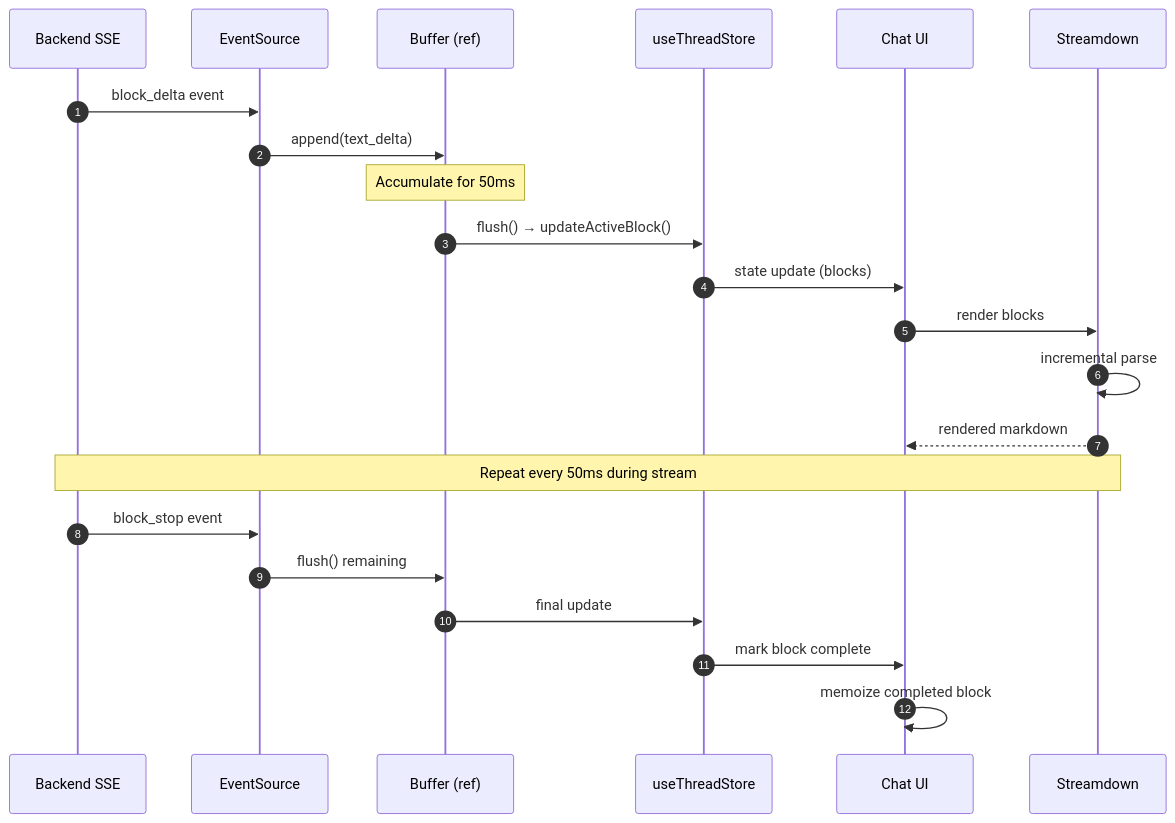
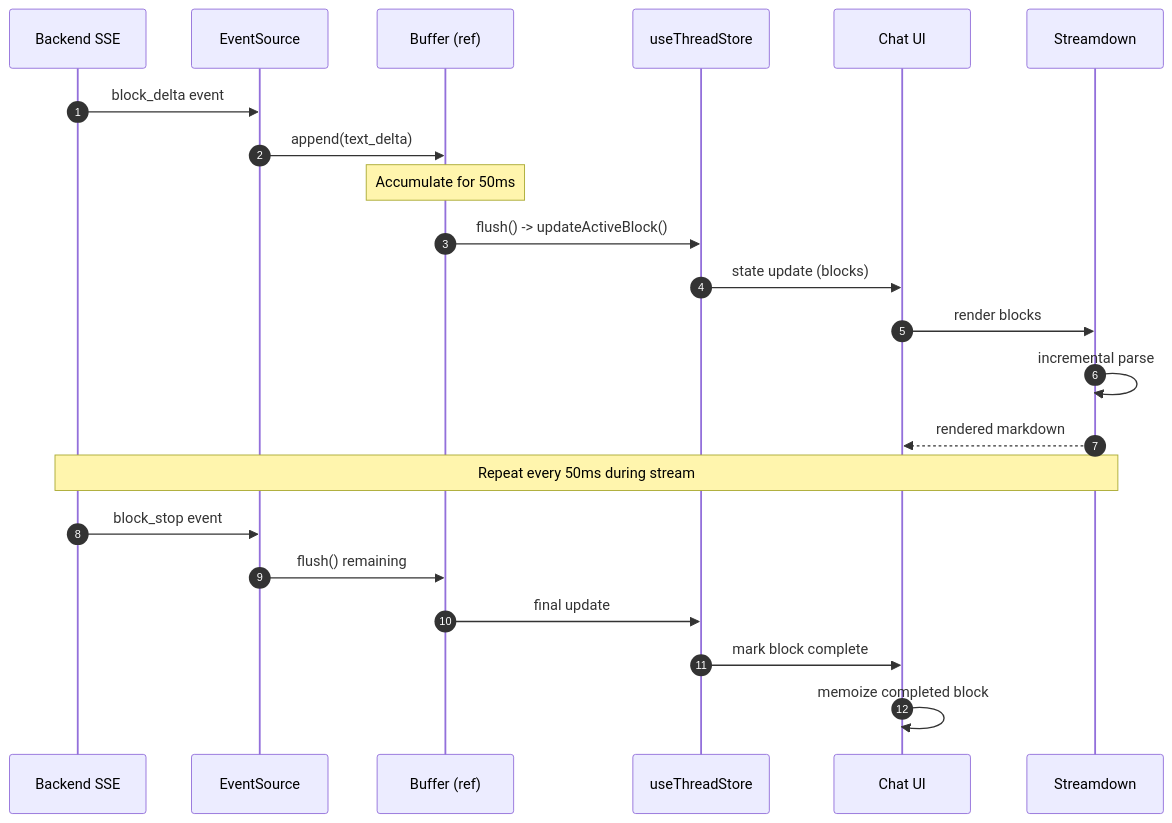
One commit to haowjy/meridian-flow changed the second of 2 diagrams in _docs/technical/frontend/thread-rendering-guide.md. Above: the diagram before and after it, drawn with Mermaid. The commit also changed 132 other files, not shown here.

````diff
--- a/_docs/technical/frontend/thread-rendering-guide.md
+++ b/_docs/technical/frontend/thread-rendering-guide.md
@@ -374,28 +374,28 @@
 ```mermaid
 sequenceDiagram
     autonumber
     participant BE as Backend SSE
     participant ES as EventSource
     participant Buf as Buffer (ref)
     participant Store as useThreadStore
     participant UI as Chat UI
     participant SD as Streamdown
 
     BE->>ES: block_delta event
     ES->>Buf: append(text_delta)
     Note over Buf: Accumulate for 50ms
 
-    Buf->>Store: flush() → updateActiveBlock()
+    Buf->>Store: flush() -> updateActiveBlock()
     Store->>UI: state update (blocks)
     UI->>SD: render blocks
     SD->>SD: incremental parse
     SD-->>UI: rendered markdown
 
     Note over BE,SD: Repeat every 50ms during stream
 
     BE->>ES: block_stop event
     ES->>Buf: flush() remaining
     Buf->>Store: final update
     Store->>UI: mark block complete
     UI->>UI: memoize completed block
 ```
````
